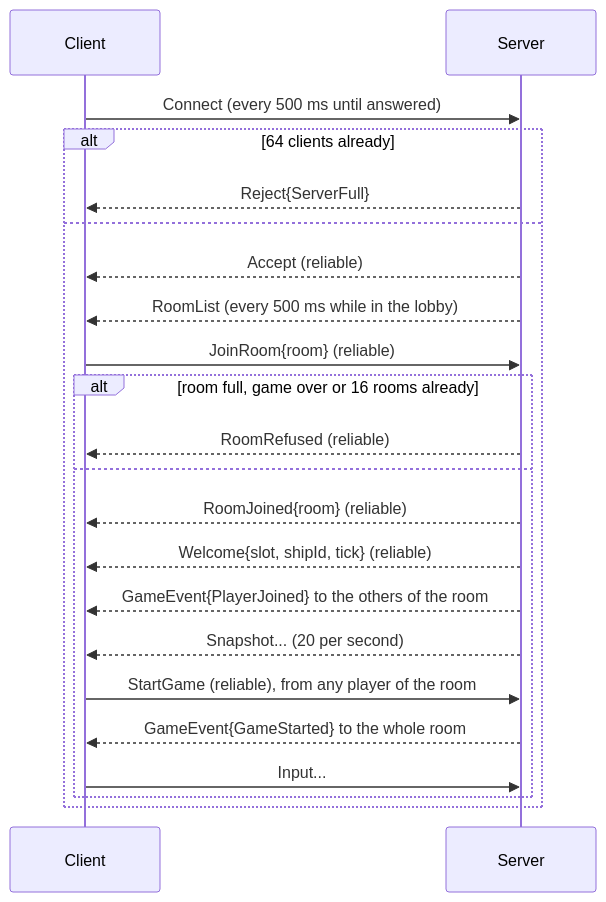
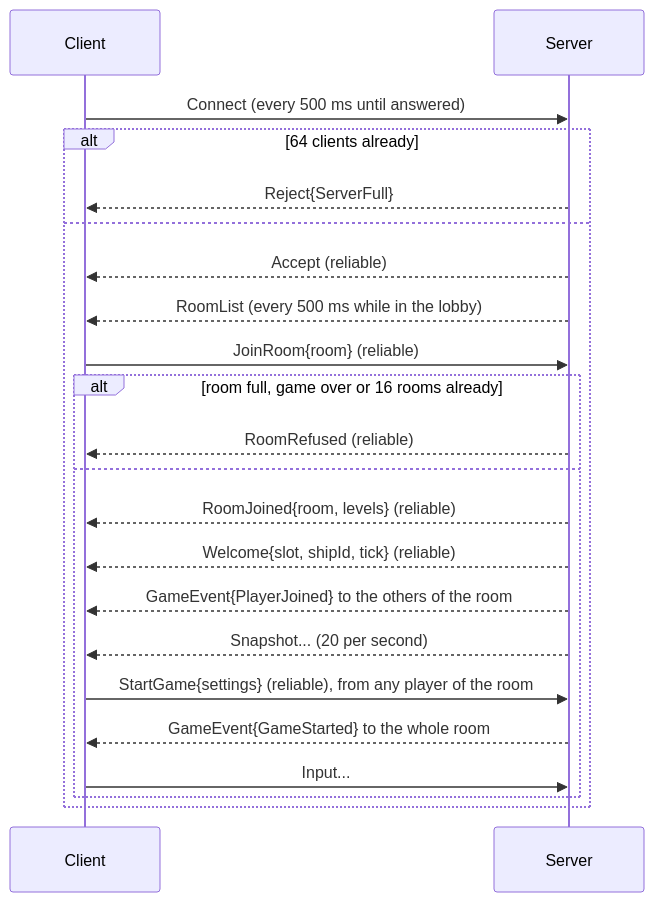
One commit to T3a1/RType-mirror changed the diagram in docs/PROTOCOL.md. Above: the diagram before and after it, drawn with Mermaid. The commit also changed other lines of this file and 27 other files, not shown here.

First line of the commit message:
(architecture) feat: game settings and second boss

````diff
--- a/docs/PROTOCOL.md
+++ b/docs/PROTOCOL.md
@@ -363,25 +376,25 @@
 ```mermaid
 sequenceDiagram
     participant C as Client
     participant S as Server
 
     C->>S: Connect (every 500 ms until answered)
     alt 64 clients already
         S-->>C: Reject{ServerFull}
     else
         S-->>C: Accept (reliable)
         S-->>C: RoomList (every 500 ms while in the lobby)
         C->>S: JoinRoom{room} (reliable)
         alt room full, game over or 16 rooms already
             S-->>C: RoomRefused (reliable)
         else
-            S-->>C: RoomJoined{room} (reliable)
+            S-->>C: RoomJoined{room, levels} (reliable)
             S-->>C: Welcome{slot, shipId, tick} (reliable)
             S-->>C: GameEvent{PlayerJoined} to the others of the room
             S-->>C: Snapshot... (20 per second)
-            C->>S: StartGame (reliable), from any player of the room
+            C->>S: StartGame{settings} (reliable), from any player of the room
             S-->>C: GameEvent{GameStarted} to the whole room
             C->>S: Input...
         end
     end
 ```
````
